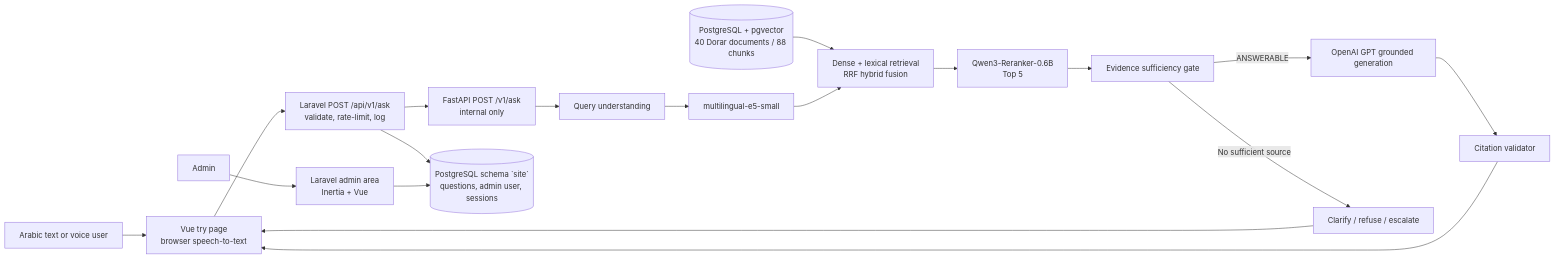
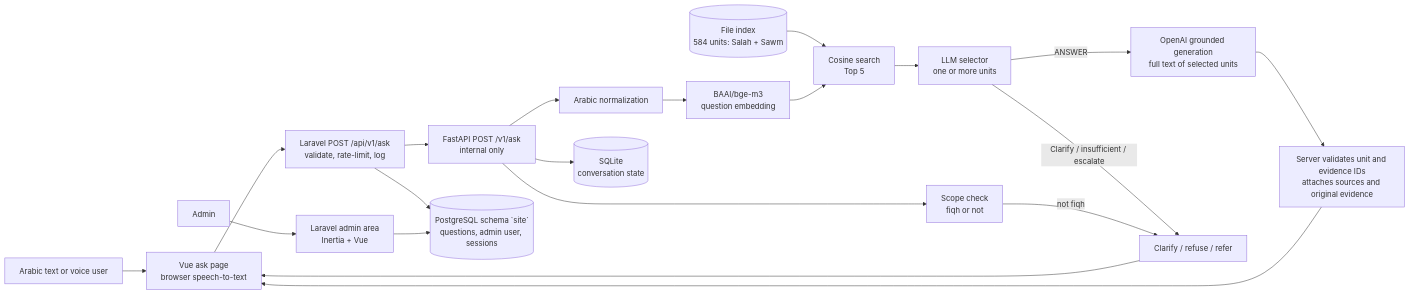
Before and after one commit to njoudae/islamiz-rag: the diagram in ARCHITECTURE.md, drawn with Mermaid. The commit also changed other lines of this file and 1 other file, not shown here.

Commit message:
Bring the architecture page and README limits in line with the final pipeline

````diff
--- a/ARCHITECTURE.md
+++ b/ARCHITECTURE.md
@@ -3,25 +3,35 @@
 ```mermaid
 flowchart LR
-  U[Arabic text or voice user] --> W[Vue try page
+  U[Arabic text or voice user] --> W[Vue ask page
 browser speech-to-text]
   W --> L[Laravel POST /api/v1/ask
 validate, rate-limit, log]
   L --> A[FastAPI POST /v1/ask
 internal only]
   L --> P[(PostgreSQL schema `site`
 questions, admin user, sessions)]
   ADM[Admin] --> LD[Laravel admin area
 Inertia + Vue]
   LD --> P
-  A --> Q[Query understanding]
-  Q --> E[multilingual-e5-small]
-  D[(PostgreSQL + pgvector\n40 Dorar documents / 88 chunks)] --> H[Dense + lexical retrieval\nRRF hybrid fusion]
+  A --> N[Arabic normalization]
+  N --> E[BAAI/bge-m3
+question embedding]
+  D[(File index
+584 units: Salah + Sawm)] --> H[Cosine search
+Top 5]
   E --> H
-  H --> R[Qwen3-Reranker-0.6B\nTop 5]
-  R --> G[Evidence sufficiency gate]
-  G -->|ANSWERABLE| O[OpenAI GPT grounded generation]
-  O --> C[Citation validator]
+  H --> SEL[LLM selector
+one or more units]
+  A --> SC[Scope check
+fiqh or not]
+  SEL -->|ANSWER| O[OpenAI grounded generation
+full text of selected units]
+  O --> C[Server validates unit and evidence IDs
+attaches sources and original evidence]
   C --> W
-  G -->|No sufficient source| S[Clarify / refuse / escalate]
+  SEL -->|Clarify / insufficient / escalate| S[Clarify / refuse / refer]
+  SC -->|not fiqh| S
   S --> W
+  A --> CV[(SQLite
+conversation state)]
 ```
````
